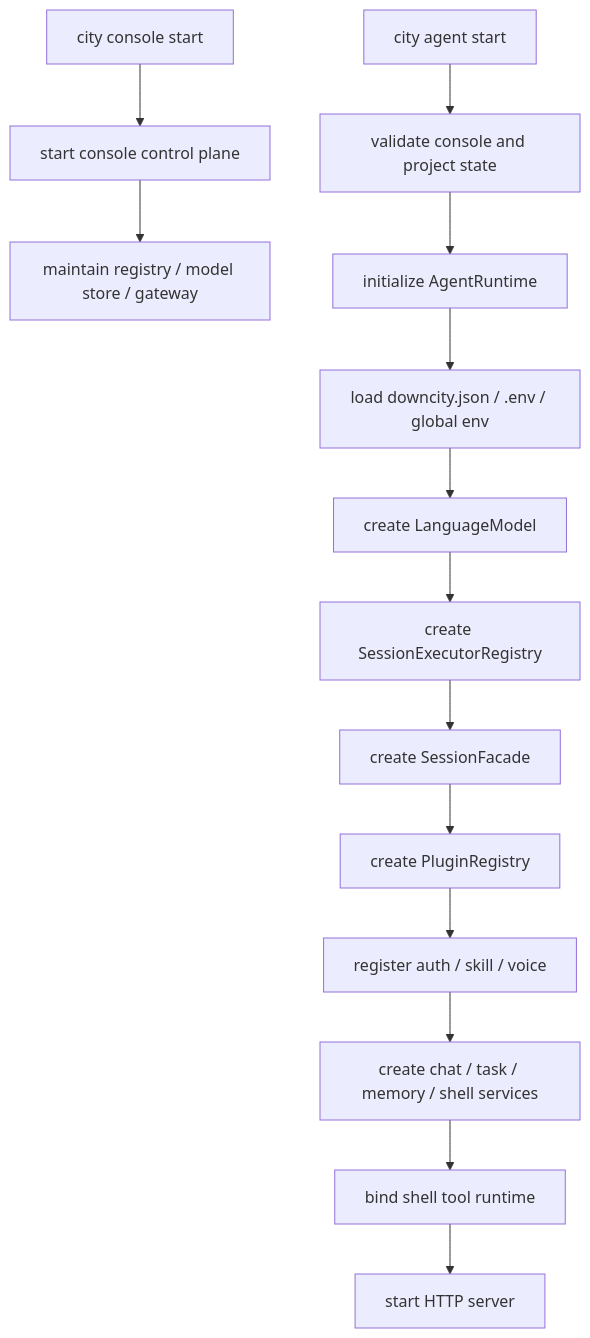
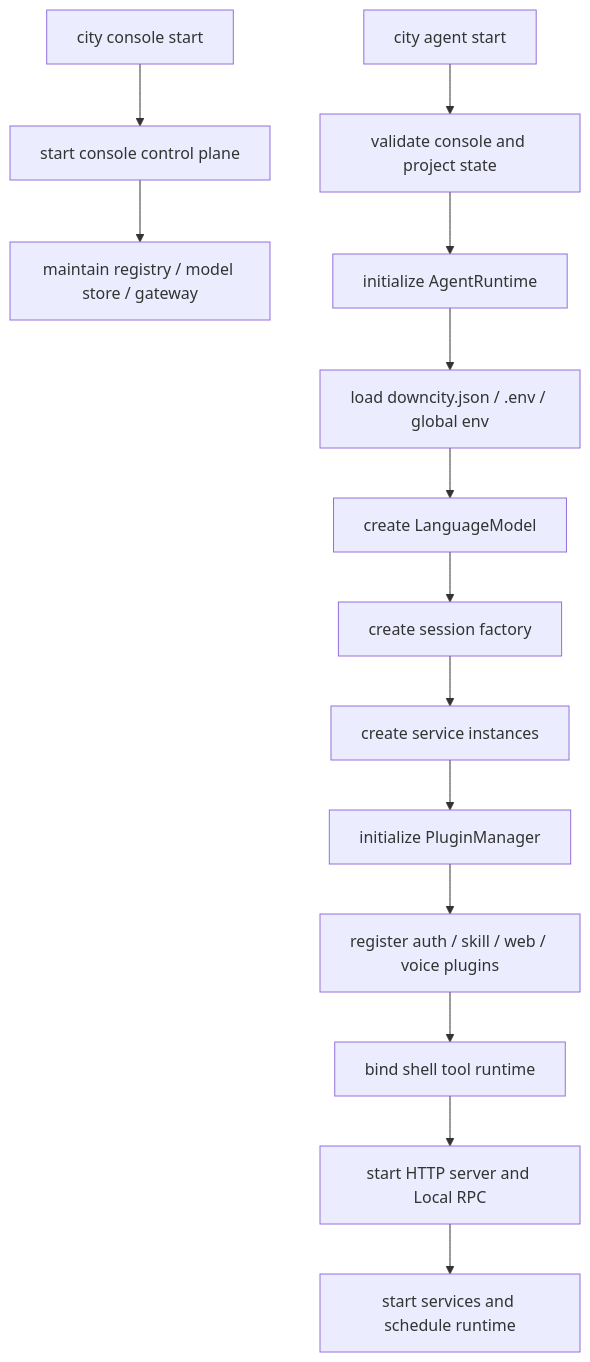
The second of 3 diagrams in homepage/content/devdocs/en/package/runtime-and-services.mdx (wangenius/downcity), drawn with Mermaid before and after one commit. The commit also changed other lines of this file and 304 other files, not shown here.

Commit message:
refactor(agent): reorganize package architecture

````diff
--- a/homepage/content/devdocs/en/package/runtime-and-services.mdx
+++ b/homepage/content/devdocs/en/package/runtime-and-services.mdx
@@ -87,17 +87,17 @@
 ```mermaid
 flowchart TD
   A["city console start"] --> B["start console control plane"]
   B --> C["maintain registry / model store / gateway"]
 
   D["city agent start"] --> E["validate console and project state"]
   E --> F["initialize AgentRuntime"]
   F --> G["load downcity.json / .env / global env"]
   G --> H["create LanguageModel"]
-  H --> I["create SessionExecutorRegistry"]
-  I --> J["create SessionFacade"]
-  J --> K["create PluginRegistry"]
-  K --> L["register auth / skill / voice"]
-  L --> M["create chat / task / memory / shell services"]
-  M --> N["bind shell tool runtime"]
-  N --> O["start HTTP server"]
+  H --> I["create session factory"]
+  I --> J["create service instances"]
+  J --> K["initialize PluginManager"]
+  K --> L["register auth / skill / web / voice plugins"]
+  L --> M["bind shell tool runtime"]
+  M --> N["start HTTP server and Local RPC"]
+  N --> O["start services and schedule runtime"]
 ```
````
